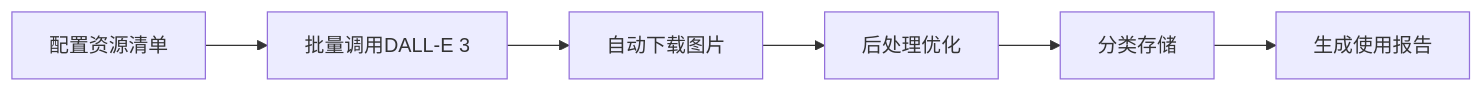
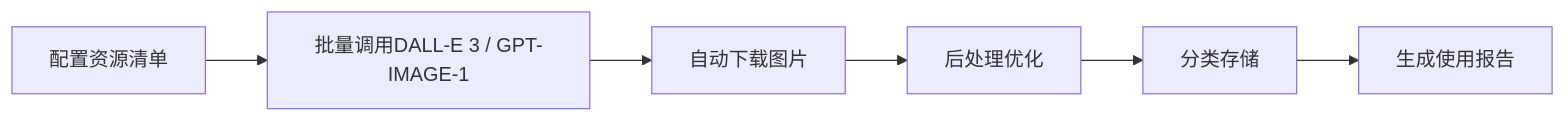
Before and after one commit to 0x-zeros/web3-tycoon-tools: the diagram in tools/asset-generator/README.md, drawn with Mermaid. The commit also changed other lines of this file and 2 other files, not shown here.

````diff
--- a/tools/asset-generator/README.md
+++ b/tools/asset-generator/README.md
@@ -112,8 +124,8 @@
 ```mermaid
 graph LR
-    A[配置资源清单] --> B[批量调用DALL-E 3]
+    A[配置资源清单] --> B[批量调用DALL-E 3 / GPT-IMAGE-1]
     B --> C[自动下载图片]
     C --> D[后处理优化]
     D --> E[分类存储]
     E --> F[生成使用报告]
 ```
````
